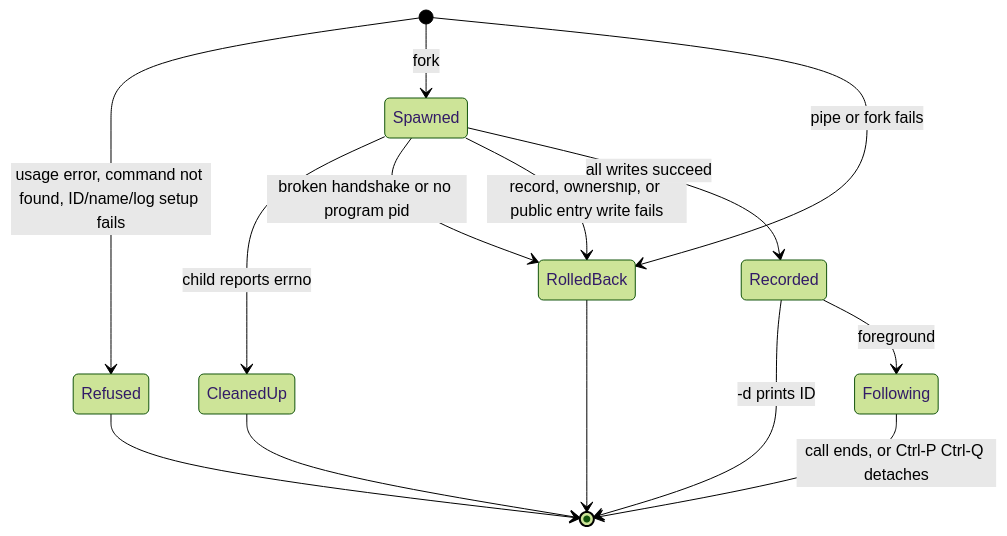
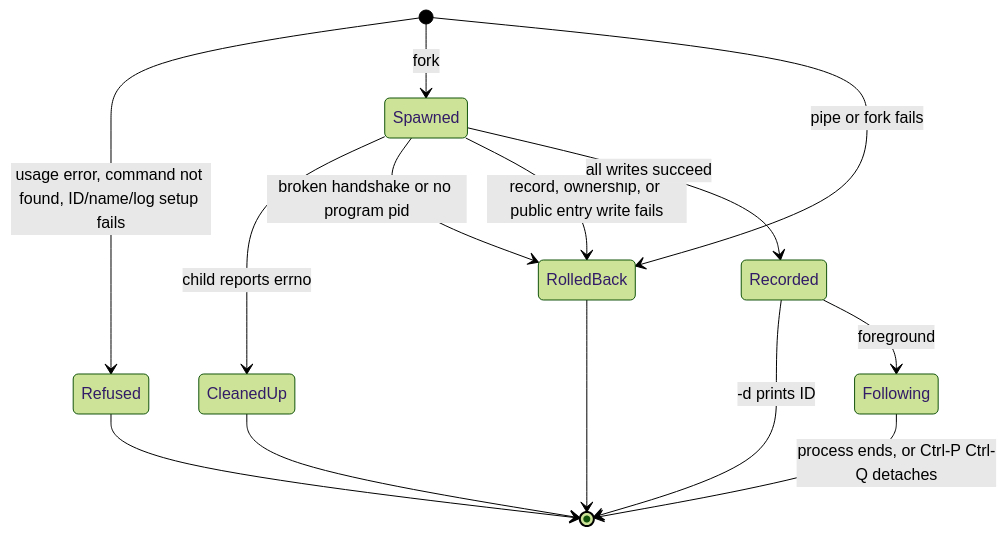
The second of 2 diagrams in docs/launcher.md (RchGrav/callbox), drawn with Mermaid (forest theme) before and after one commit. The commit also changed other lines of this file and 83 other files, not shown here.

````diff
--- a/docs/launcher.md
+++ b/docs/launcher.md
@@ -113,16 +113,16 @@
 ```mermaid
 stateDiagram-v2
     [*] --> Refused: usage error, command not found, ID/name/log setup fails
     [*] --> Spawned: fork
     [*] --> RolledBack: pipe or fork fails
     Spawned --> CleanedUp: child reports errno
     Spawned --> RolledBack: broken handshake or no program pid
     Spawned --> RolledBack: record, ownership, or public entry write fails
     Spawned --> Recorded: all writes succeed
     Recorded --> [*]: -d prints ID
     Recorded --> Following: foreground
-    Following --> [*]: call ends, or Ctrl-P Ctrl-Q detaches
+    Following --> [*]: process ends, or Ctrl-P Ctrl-Q detaches
     Refused --> [*]
     CleanedUp --> [*]
     RolledBack --> [*]
 ```
````
